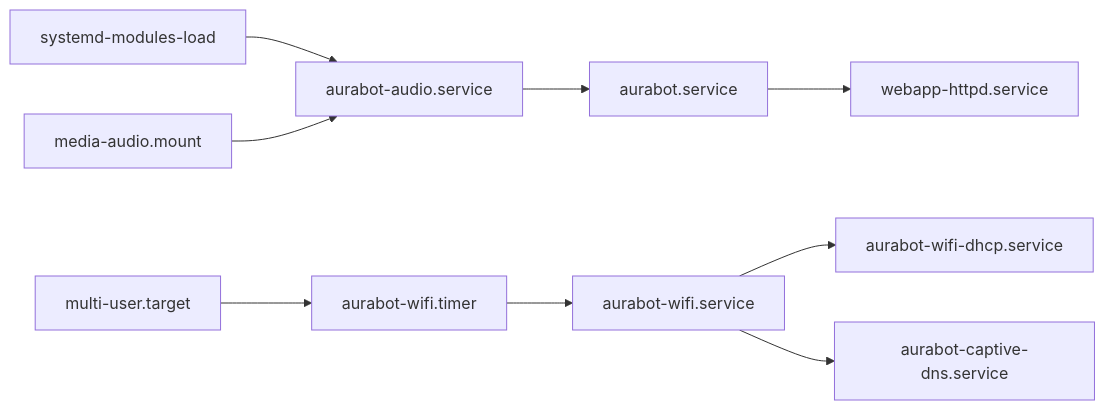
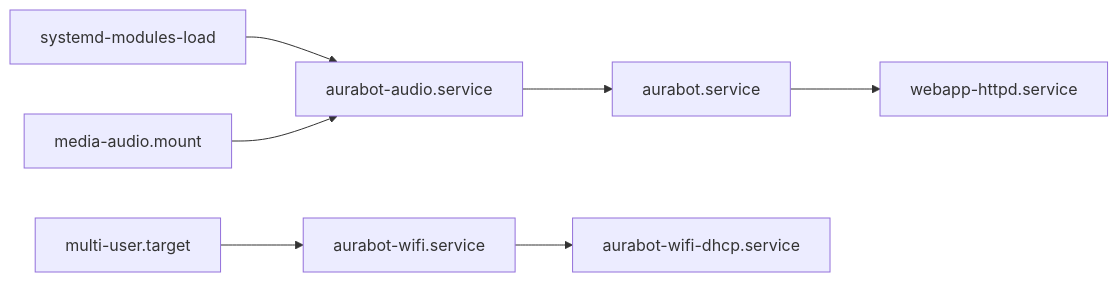
The diagram in docs/development/systemd-services.md (ProyectosCE/CE1113_P1), drawn with Mermaid before and after one commit. The commit also changed other lines of this file and 10 other files, not shown here.

````diff
--- a/docs/development/systemd-services.md
+++ b/docs/development/systemd-services.md
@@ -7,11 +7,9 @@
 ```mermaid
 flowchart LR
     MOD[systemd-modules-load] --> AUDIO[aurabot-audio.service]
     MOUNT[media-audio.mount] --> AUDIO
     AUDIO --> ROBOT[aurabot.service]
     ROBOT --> WEB[webapp-httpd.service]
-    BOOT[multi-user.target] --> TIMER[aurabot-wifi.timer]
-    TIMER --> AP[aurabot-wifi.service]
-    AP --> DHCP[aurabot-wifi-dhcp.service]
-    AP --> DNS[aurabot-captive-dns.service]
+    BOOT[multi-user.target] --> WIFI[aurabot-wifi.service]
+    WIFI --> DHCP[aurabot-wifi-dhcp.service]
 ```
````
